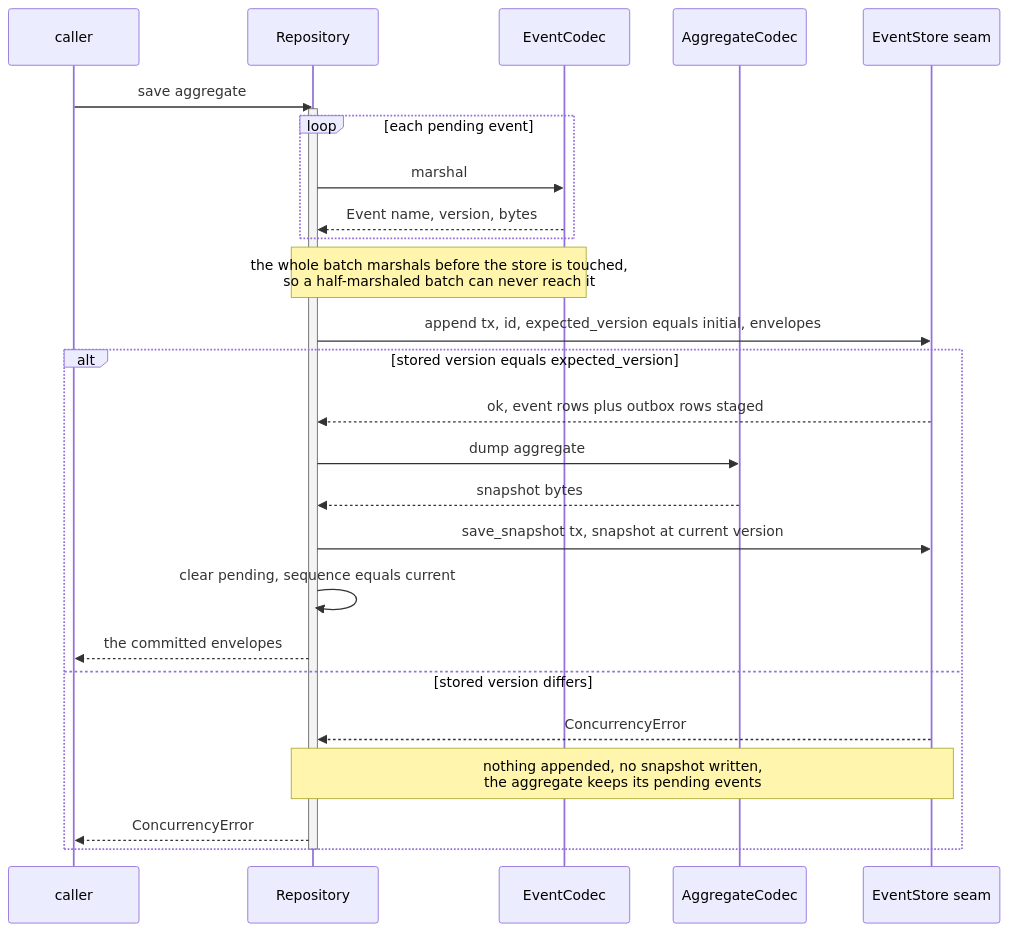
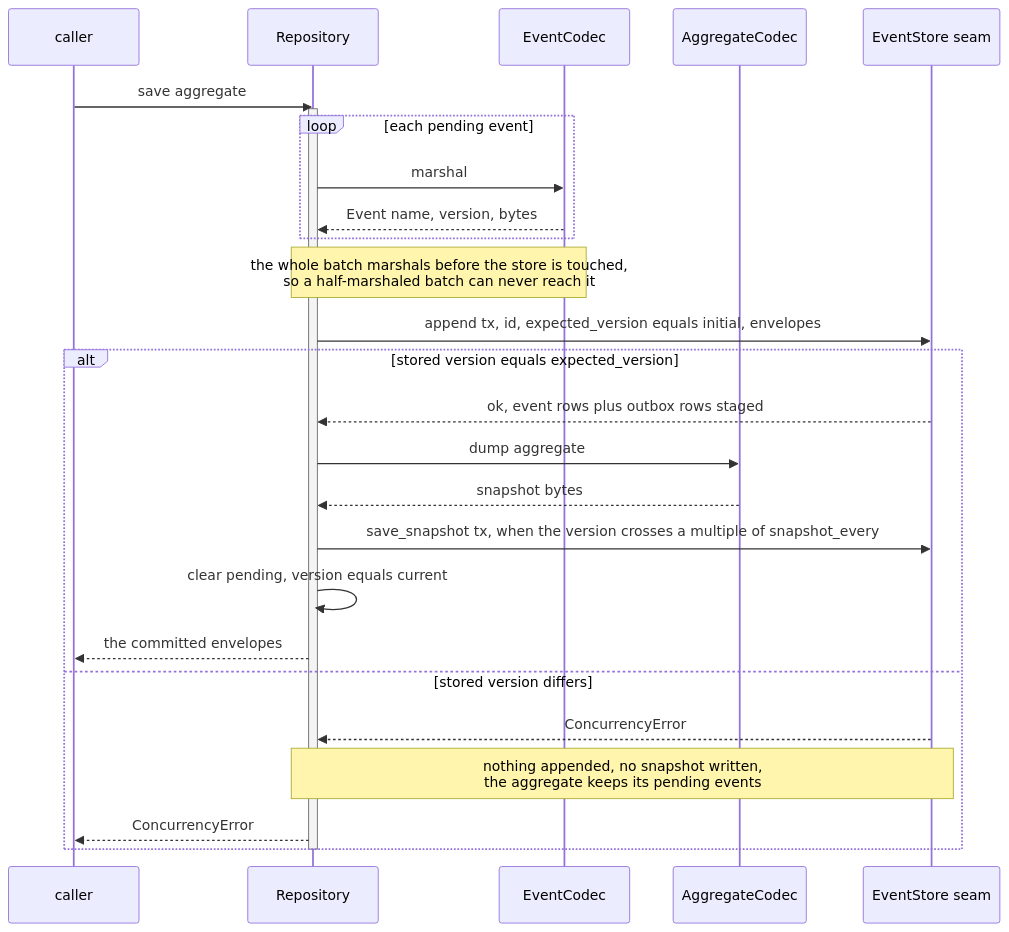
Before and after one commit to haskian/edax: the third of 4 diagrams in docs/sdk/aggregates.md, drawn with Mermaid. The commit also changed other lines of this file and 234 other files, not shown here.

````diff
--- a/docs/sdk/aggregates.md
+++ b/docs/sdk/aggregates.md
@@ -153,30 +163,30 @@
 ```mermaid
 sequenceDiagram
     participant C as caller
     participant R as Repository
     participant EC as EventCodec
     participant AC as AggregateCodec
     participant S as EventStore seam
 
     C->>R: save aggregate
     activate R
     loop each pending event
         R->>EC: marshal
         EC-->>R: Event name, version, bytes
     end
     Note over R,EC: the whole batch marshals before the store is touched,<br/>so a half-marshaled batch can never reach it
     R->>S: append tx, id, expected_version equals initial, envelopes
     alt stored version equals expected_version
         S-->>R: ok, event rows plus outbox rows staged
         R->>AC: dump aggregate
         AC-->>R: snapshot bytes
-        R->>S: save_snapshot tx, snapshot at current version
-        R->>R: clear pending, sequence equals current
+        R->>S: save_snapshot tx, when the version crosses a multiple of snapshot_every
+        R->>R: clear pending, version equals current
         R-->>C: the committed envelopes
     else stored version differs
         S-->>R: ConcurrencyError
         Note over R,S: nothing appended, no snapshot written,<br/>the aggregate keeps its pending events
         R-->>C: ConcurrencyError
     end
     deactivate R
 ```
````
